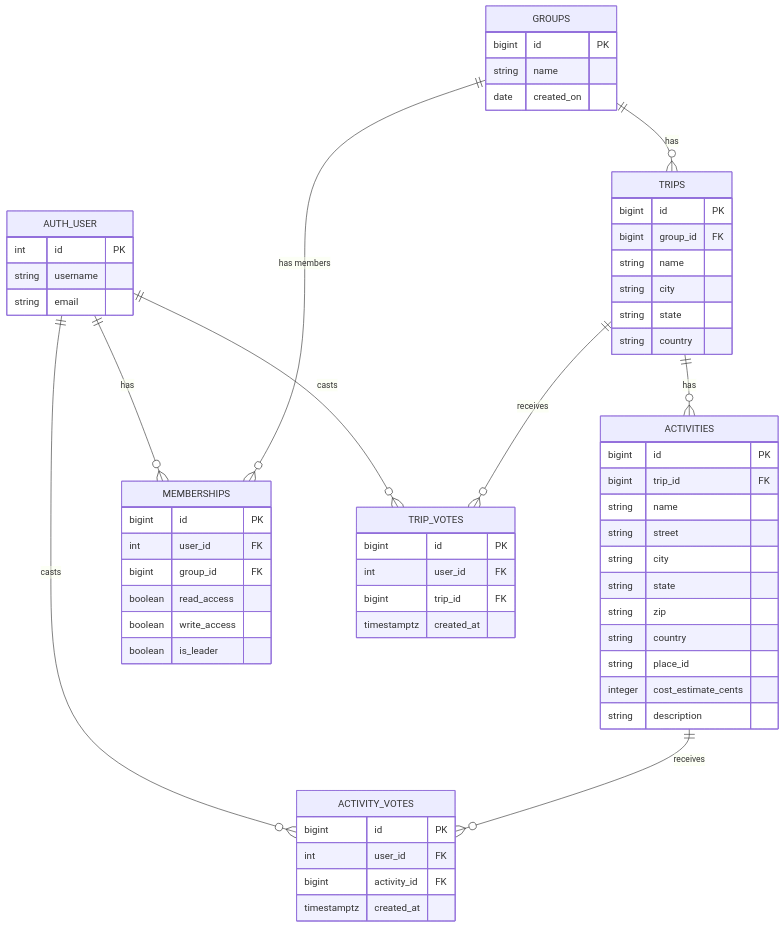
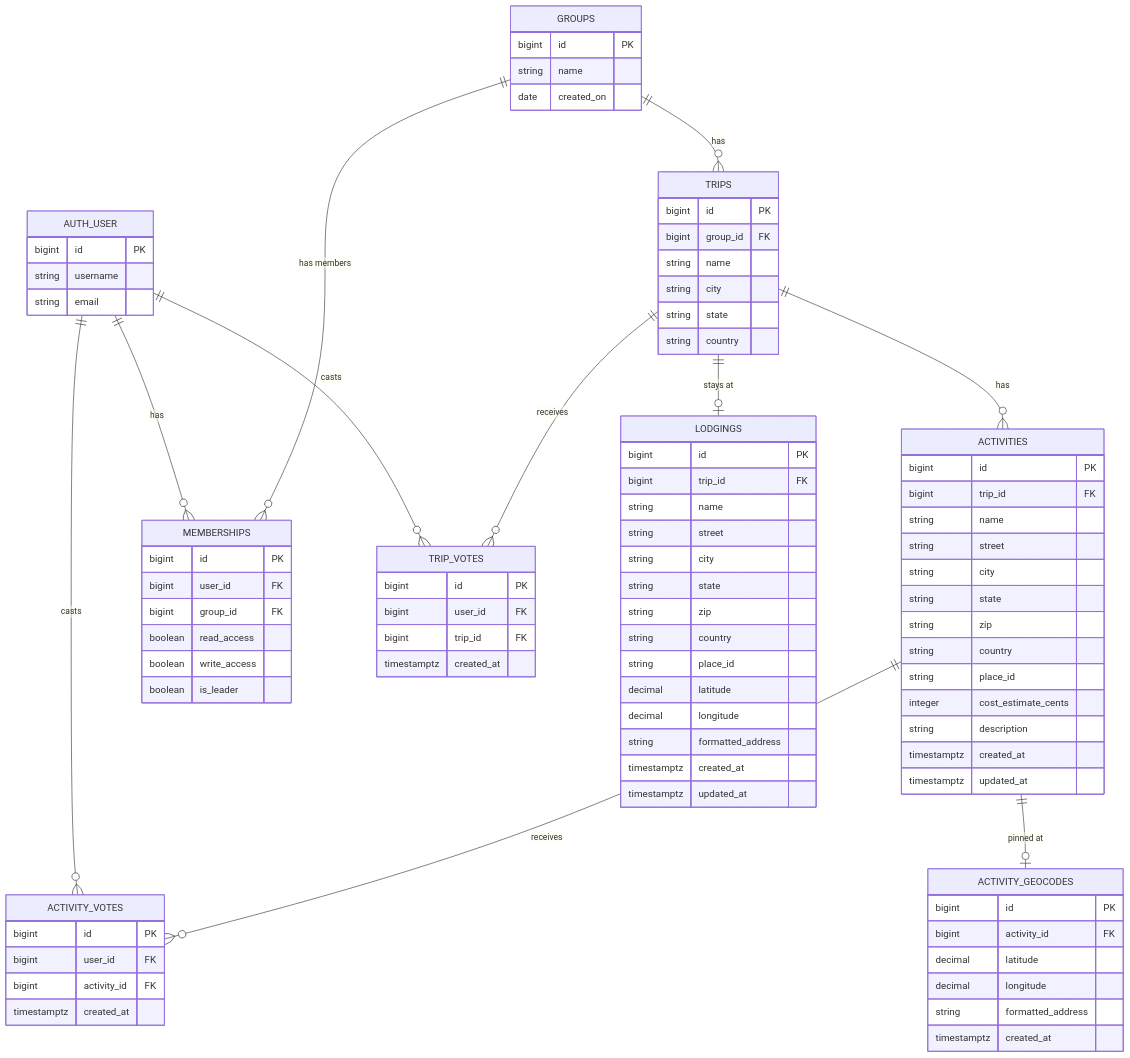
Before and after one commit to BoximusMaximus/TripSync: the diagram in resources/erd.mmd, drawn with Mermaid. The commit also changed 7 other files, not shown here.

First line of the commit message:
docs: activity_geocodes + lodgings + timestamps in the ERD trio; align the activities spec and Backend.md with the implemented routes; add the rebuild plan

```diff
--- a/resources/erd.mmd
+++ b/resources/erd.mmd
@@ -1,64 +1,92 @@
 %% TripSync ERD — source of truth is ERD.sql; keep this file in sync with it.
 %% Regenerate the PNG with:
 %%   npx -y -p @mermaid-js/mermaid-cli mmdc -i resources/erd.mmd -o resources/travel_planner_erd.png -b white -s 2
 erDiagram
     GROUPS ||--o{ TRIPS : has
     TRIPS ||--o{ ACTIVITIES : has
     AUTH_USER ||--o{ MEMBERSHIPS : has
     GROUPS ||--o{ MEMBERSHIPS : "has members"
     AUTH_USER ||--o{ TRIP_VOTES : casts
     TRIPS ||--o{ TRIP_VOTES : receives
     AUTH_USER ||--o{ ACTIVITY_VOTES : casts
     ACTIVITIES ||--o{ ACTIVITY_VOTES : receives
+    ACTIVITIES ||--o| ACTIVITY_GEOCODES : "pinned at"
+    TRIPS ||--o| LODGINGS : "stays at"
 
     AUTH_USER {
-        int id PK
+        bigint id PK
         string username
         string email
     }
     GROUPS {
         bigint id PK
         string name
         date created_on
     }
     MEMBERSHIPS {
         bigint id PK
-        int user_id FK
+        bigint user_id FK
         bigint group_id FK
         boolean read_access
         boolean write_access
         boolean is_leader
     }
     TRIPS {
         bigint id PK
         bigint group_id FK
         string name
         string city
         string state
         string country
     }
     ACTIVITIES {
         bigint id PK
         bigint trip_id FK
         string name
         string street
         string city
         string state
         string zip
         string country
         string place_id
         integer cost_estimate_cents
         string description
+        timestamptz created_at
+        timestamptz updated_at
+    }
+    ACTIVITY_GEOCODES {
+        bigint id PK
+        bigint activity_id FK
+        decimal latitude
+        decimal longitude
+        string formatted_address
+        timestamptz created_at
+    }
+    LODGINGS {
+        bigint id PK
+        bigint trip_id FK
+        string name
+        string street
+        string city
+        string state
+        string zip
+        string country
+        string place_id
+        decimal latitude
+        decimal longitude
+        string formatted_address
+        timestamptz created_at
+        timestamptz updated_at
     }
     TRIP_VOTES {
         bigint id PK
-        int user_id FK
+        bigint user_id FK
         bigint trip_id FK
         timestamptz created_at
     }
     ACTIVITY_VOTES {
         bigint id PK
-        int user_id FK
+        bigint user_id FK
         bigint activity_id FK
         timestamptz created_at
     }
```
